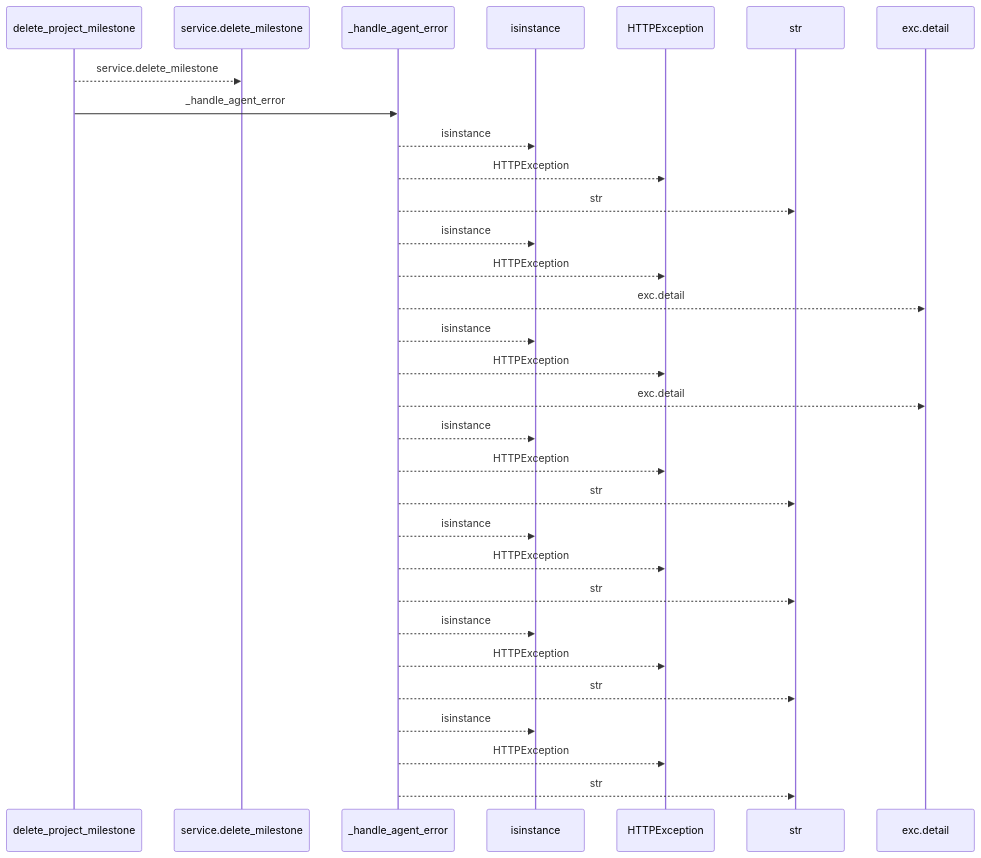
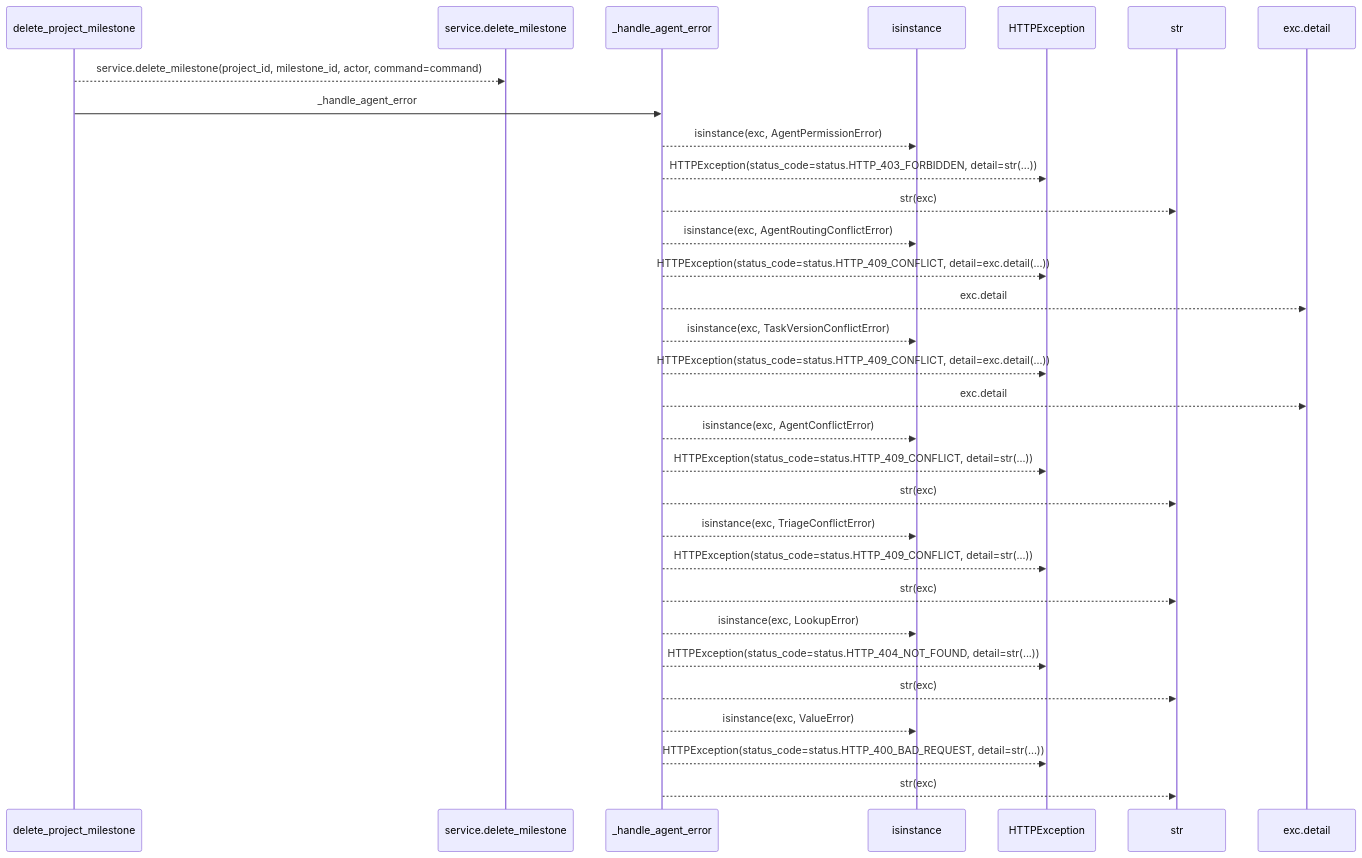
The first of 2 diagrams in docs/llm_wiki/flows/http-delete_project_milestone-agent_planning.md (Denissvgn/WorkChord), drawn with Mermaid before and after one commit. The commit also changed other lines of this file and 25171 other files, not shown here.

````diff
--- a/docs/llm_wiki/flows/http-delete_project_milestone-agent_planning.md
+++ b/docs/llm_wiki/flows/http-delete_project_milestone-agent_planning.md
@@ -10,33 +12,33 @@
 ```mermaid
 sequenceDiagram
     participant p0 as delete_project_milestone
     participant p1 as service.delete_milestone
     participant p2 as _handle_agent_error
     participant p3 as isinstance
     participant p4 as HTTPException
     participant p5 as str
     participant p6 as exc.detail
-    p0-->>p1: service.delete_milestone
+    p0-->>p1: service.delete_milestone(project_id, milestone_id, actor, command=command)
     p0->>p2: _handle_agent_error
-    p2-->>p3: isinstance
-    p2-->>p4: HTTPException
-    p2-->>p5: str
-    p2-->>p3: isinstance
-    p2-->>p4: HTTPException
+    p2-->>p3: isinstance(exc, AgentPermissionError)
+    p2-->>p4: HTTPException(status_code=status.HTTP_403_FORBIDDEN, detail=str(...))
+    p2-->>p5: str(exc)
+    p2-->>p3: isinstance(exc, AgentRoutingConflictError)
+    p2-->>p4: HTTPException(status_code=status.HTTP_409_CONFLICT, detail=exc.detail(...))
     p2-->>p6: exc.detail
-    p2-->>p3: isinstance
-    p2-->>p4: HTTPException
+    p2-->>p3: isinstance(exc, TaskVersionConflictError)
+    p2-->>p4: HTTPException(status_code=status.HTTP_409_CONFLICT, detail=exc.detail(...))
     p2-->>p6: exc.detail
-    p2-->>p3: isinstance
-    p2-->>p4: HTTPException
-    p2-->>p5: str
-    p2-->>p3: isinstance
-    p2-->>p4: HTTPException
-    p2-->>p5: str
-    p2-->>p3: isinstance
-    p2-->>p4: HTTPException
-    p2-->>p5: str
-    p2-->>p3: isinstance
-    p2-->>p4: HTTPException
-    p2-->>p5: str
+    p2-->>p3: isinstance(exc, AgentConflictError)
+    p2-->>p4: HTTPException(status_code=status.HTTP_409_CONFLICT, detail=str(...))
+    p2-->>p5: str(exc)
+    p2-->>p3: isinstance(exc, TriageConflictError)
+    p2-->>p4: HTTPException(status_code=status.HTTP_409_CONFLICT, detail=str(...))
+    p2-->>p5: str(exc)
+    p2-->>p3: isinstance(exc, LookupError)
+    p2-->>p4: HTTPException(status_code=status.HTTP_404_NOT_FOUND, detail=str(...))
+    p2-->>p5: str(exc)
+    p2-->>p3: isinstance(exc, ValueError)
+    p2-->>p4: HTTPException(status_code=status.HTTP_400_BAD_REQUEST, detail=str(...))
+    p2-->>p5: str(exc)
 ```
````
